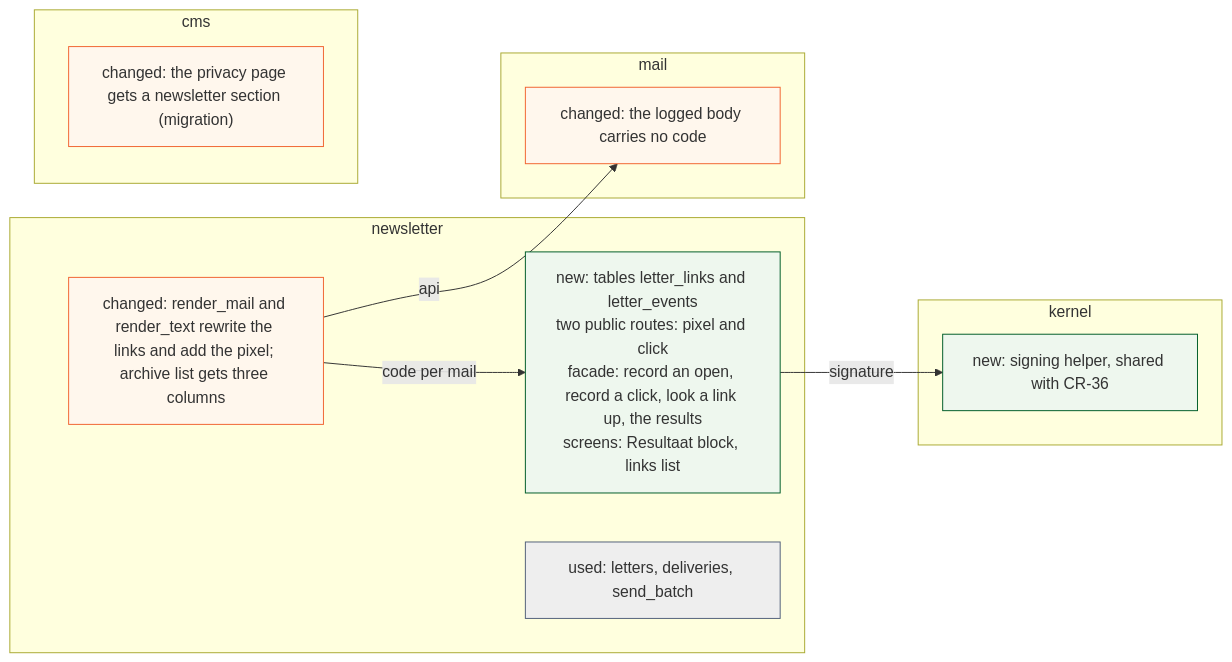
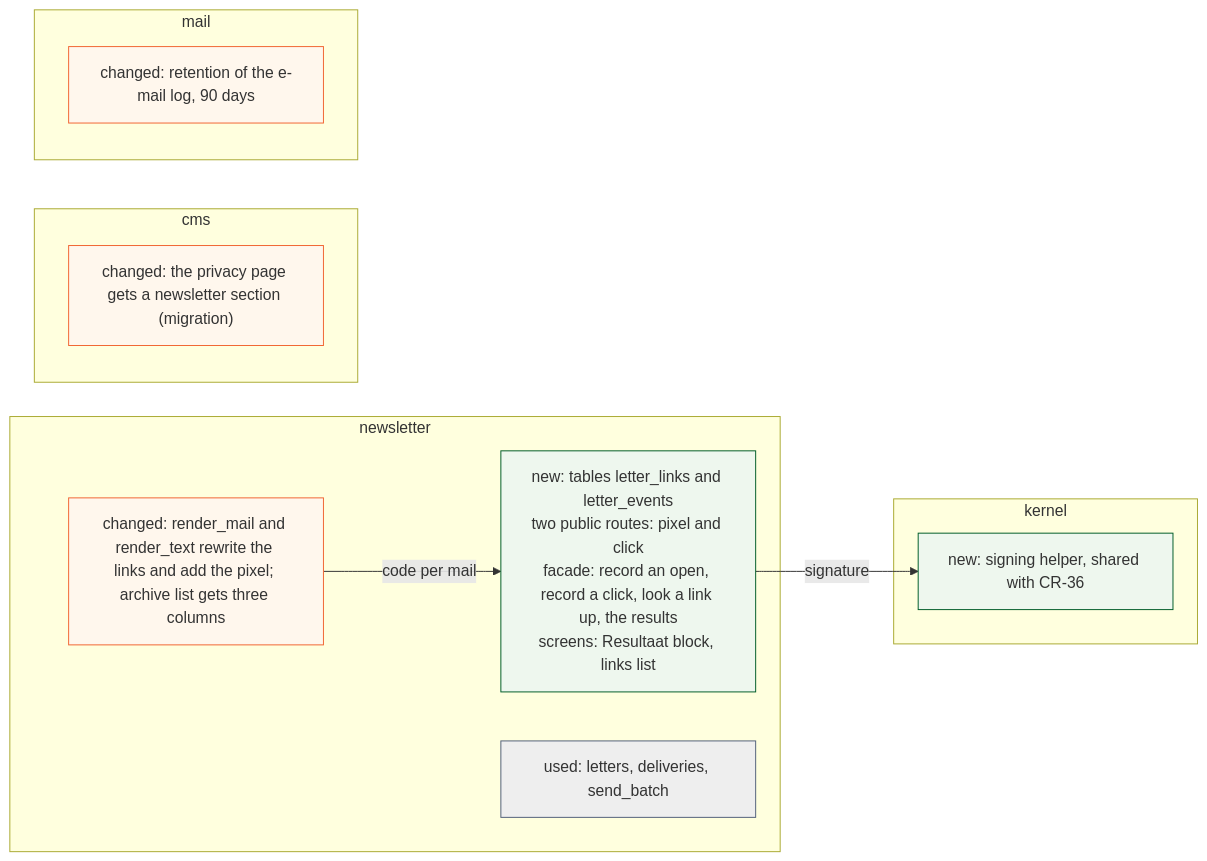
The fourth of 5 diagrams in docs/change_request_37_newsletter_opens_and_clicks.md (KoenRenders/KoenTest), drawn with Mermaid before and after one commit. The commit also changed other lines of this file, not shown here.

First line of the commit message:
docs(cr-37): the e-mail log is not masked; its retention goes from 365 to 90 days (Koen), so the placeholder function and T17 fall away

````diff
--- a/docs/change_request_37_newsletter_opens_and_clicks.md
+++ b/docs/change_request_37_newsletter_opens_and_clicks.md
@@ -213,23 +213,22 @@
 ```mermaid
 flowchart LR
   subgraph NL["newsletter"]
     nn["new: tables letter_links and letter_events<br/>two public routes: pixel and click<br/>facade: record an open, record a click, look a link up, the results<br/>screens: Resultaat block, links list"]:::new
     nc["changed: render_mail and render_text rewrite the links and add the pixel; archive list gets three columns"]:::chg
     nu["used: letters, deliveries, send_batch"]:::use
   end
   subgraph CMS["cms"]
     cc["changed: the privacy page gets a newsletter section (migration)"]:::chg
   end
   subgraph MAIL["mail"]
-    mg["changed: the logged body carries no code"]:::chg
+    mg["changed: retention of the e-mail log, 90 days"]:::chg
   end
   subgraph KER["kernel"]
     ku["new: signing helper, shared with CR-36"]:::new
   end
   nc -->|code per mail| nn
   nn -->|signature| ku
-  nc -->|api| mg
   classDef new fill:#eef7ee,stroke:#005d29
   classDef chg fill:#fff7ed,stroke:#f16532
   classDef use fill:#eeeeee,stroke:#52607a
 ```
````
